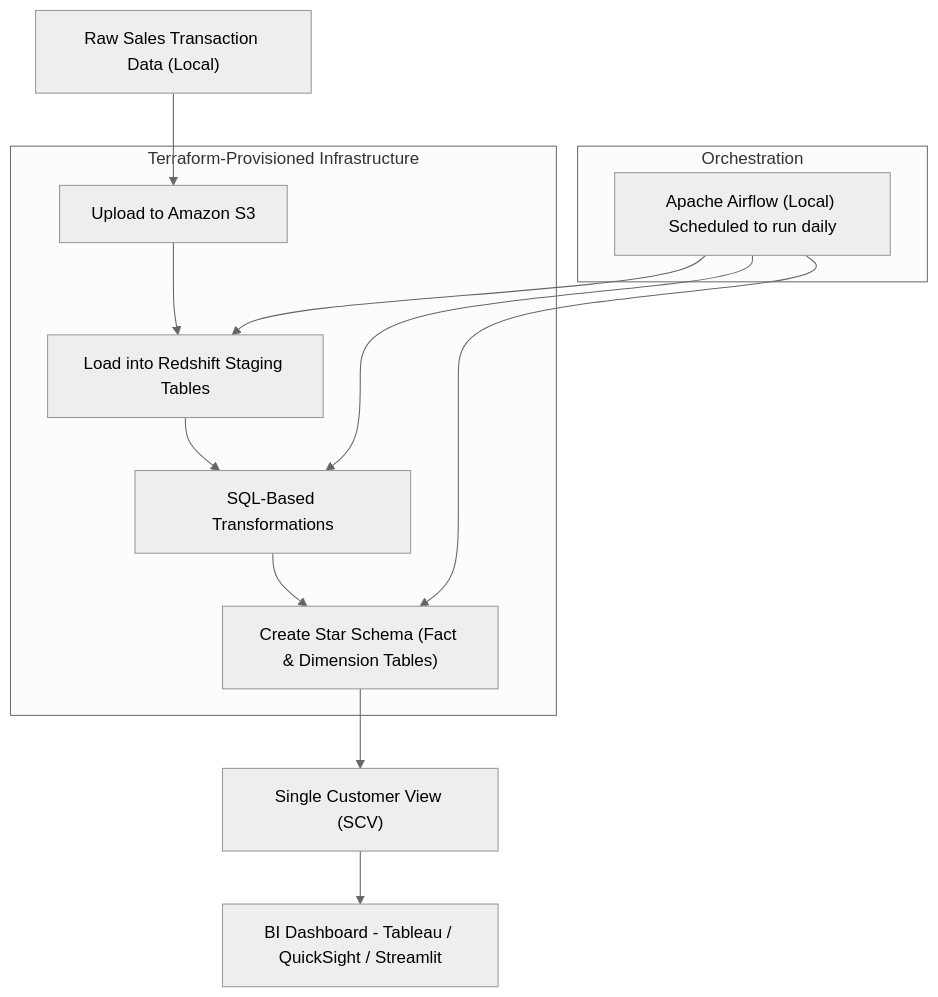
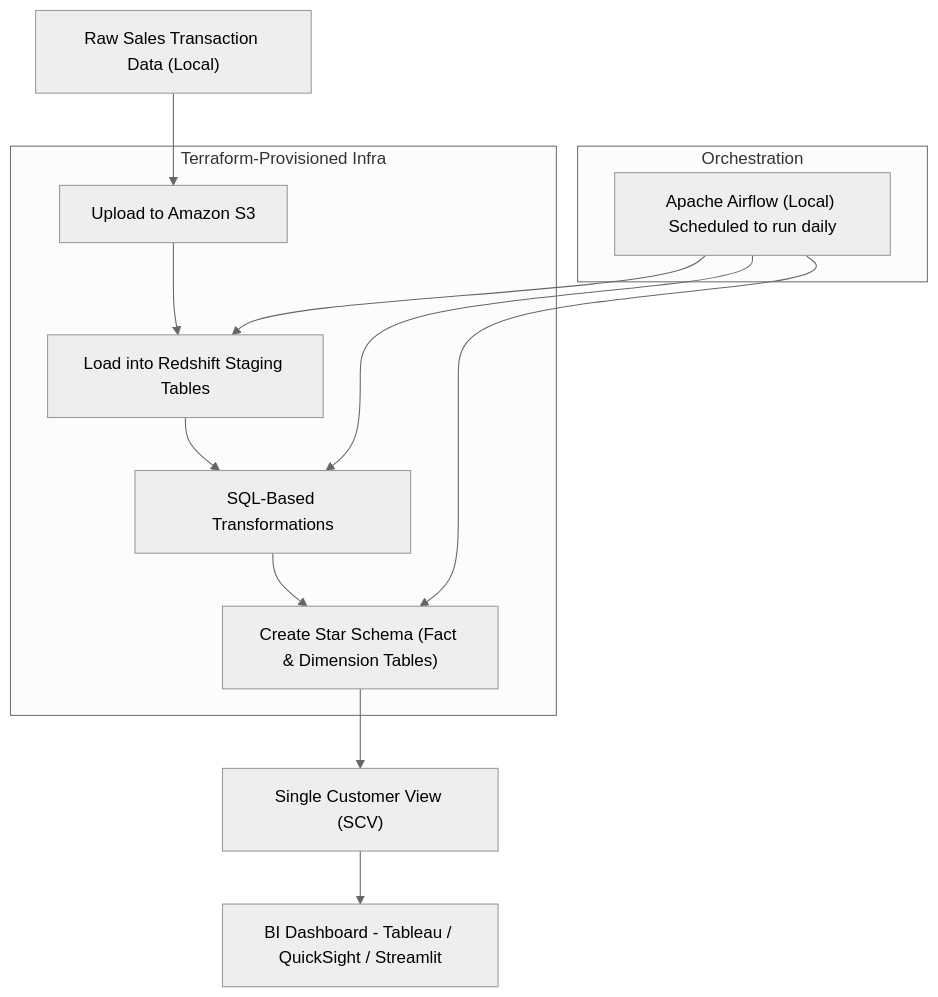
Before and after one commit to tungstennn/EcomDataPipeline-DataOps: the diagram in README.md, drawn with Mermaid (neutral theme).

````diff
--- a/README.md
+++ b/README.md
@@ -14,24 +14,24 @@
 ```mermaid
 graph TD
     A["Raw Sales Transaction Data (Local)"] --> B["Upload to Amazon S3"]
     B --> C["Load into Redshift Staging Tables"]
     C --> D["SQL-Based Transformations"]
     D --> E["Create Star Schema (Fact & Dimension Tables)"]
     E --> F["Single Customer View (SCV)"]
     F --> G["BI Dashboard - Tableau / QuickSight / Streamlit"]
 
-    subgraph "Terraform-Provisioned Infrastructure"
+    subgraph "Terraform-Provisioned Infra"
         B
         C
         D
         E
     end
 
     subgraph "Orchestration"
         H["Apache Airflow (Local) Scheduled to run daily"]
     end
 
     H --> C
     H --> D
     H --> E
 ```
````
